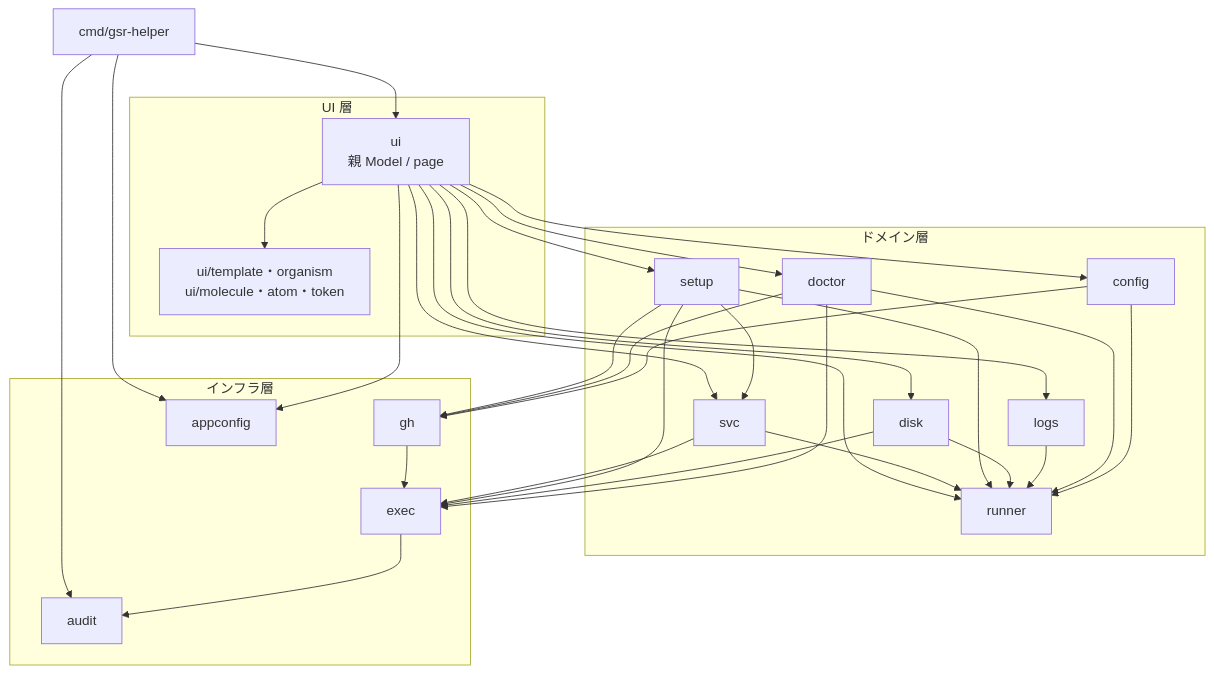
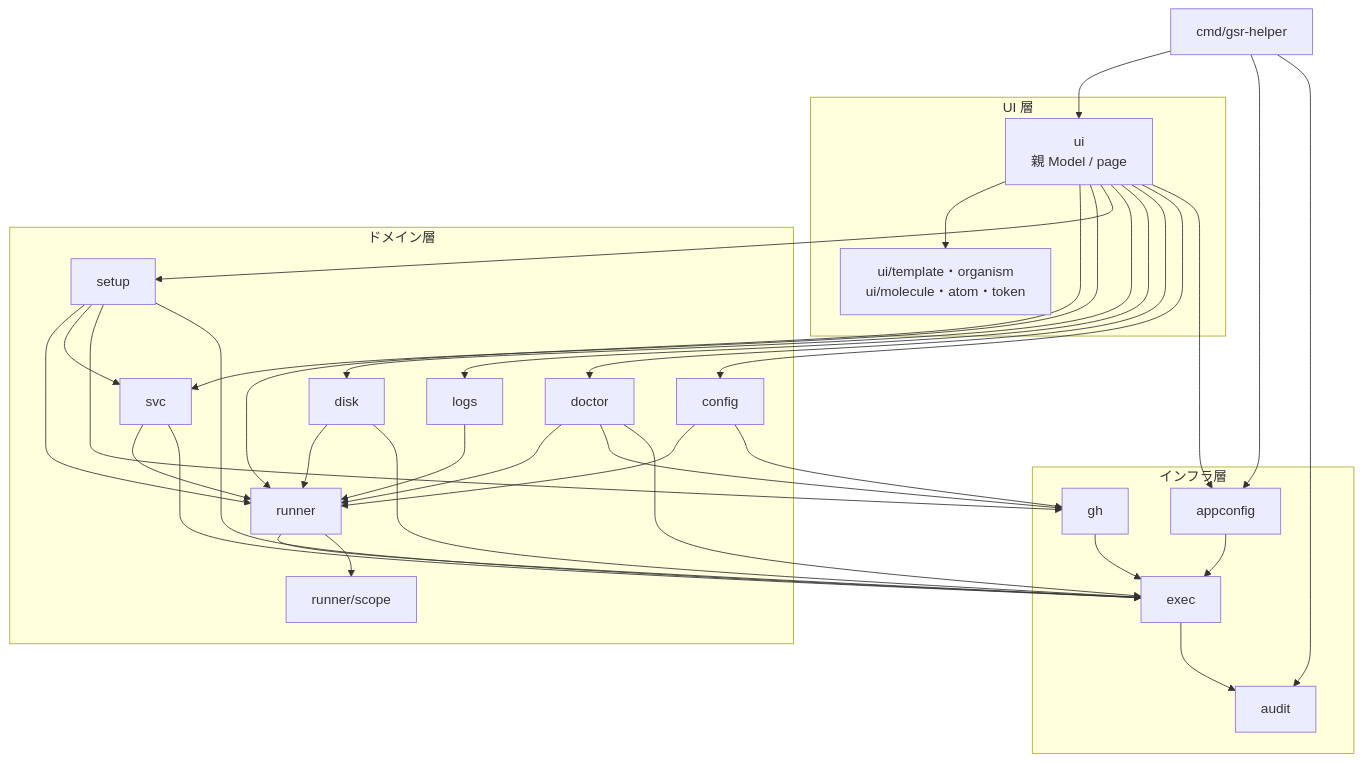
Before and after one commit to ousiassllc/gsr-helper: the diagram in docs/components/overview.md, drawn with Mermaid. The commit also changed other lines of this file and 43 other files, not shown here.

````diff
--- a/docs/components/overview.md
+++ b/docs/components/overview.md
@@ -7,59 +7,63 @@
 ```mermaid
 graph TD
     Main[cmd/gsr-helper]
 
     subgraph UI[UI 層]
         UIApp[ui<br/>親 Model / page]
         UIParts[ui/template・organism<br/>ui/molecule・atom・token]
     end
 
     subgraph Domain[ドメイン層]
         Runner[runner]
+        RScope[runner/scope]
         Svc[svc]
         Setup[setup]
         Disk[disk]
         Logs[logs]
         Doctor[doctor]
         Config[config]
     end
 
     subgraph Infra[インフラ層]
         Exec[exec]
         GH[gh]
         Audit[audit]
         Appconf[appconfig]
     end
 
     Main --> UIApp
     Main --> Appconf
     Main --> Audit
 
     UIApp --> UIParts
 
     UIApp --> Runner
     UIApp --> Svc
     UIApp --> Setup
     UIApp --> Disk
     UIApp --> Logs
     UIApp --> Doctor
     UIApp --> Config
     UIApp --> Appconf
 
     Svc --> Runner
     Setup --> Runner
     Setup --> Svc
     Setup --> GH
     Disk --> Runner
     Logs --> Runner
     Doctor --> Runner
     Doctor --> GH
     Config --> Runner
     Config --> GH
 
+    Runner --> Exec
+    Runner --> RScope
     Svc --> Exec
     Setup --> Exec
     Disk --> Exec
     Doctor --> Exec
     GH --> Exec
+    Appconf --> Exec
     Exec --> Audit
 ```
````
